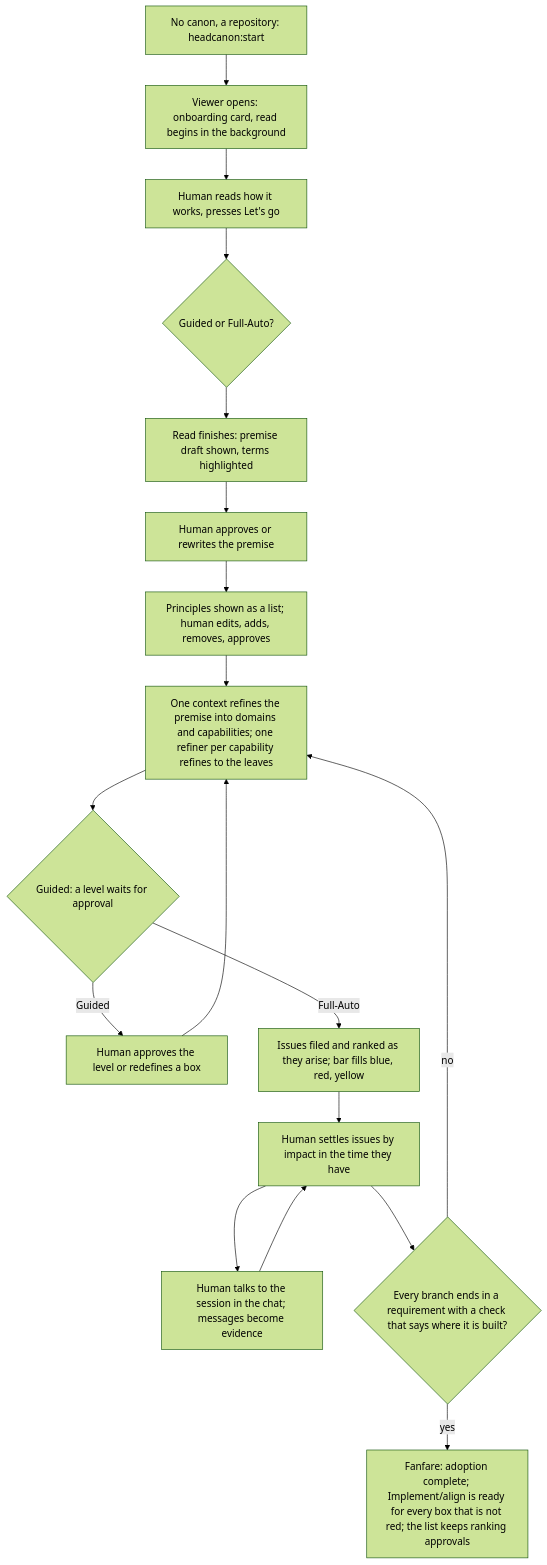
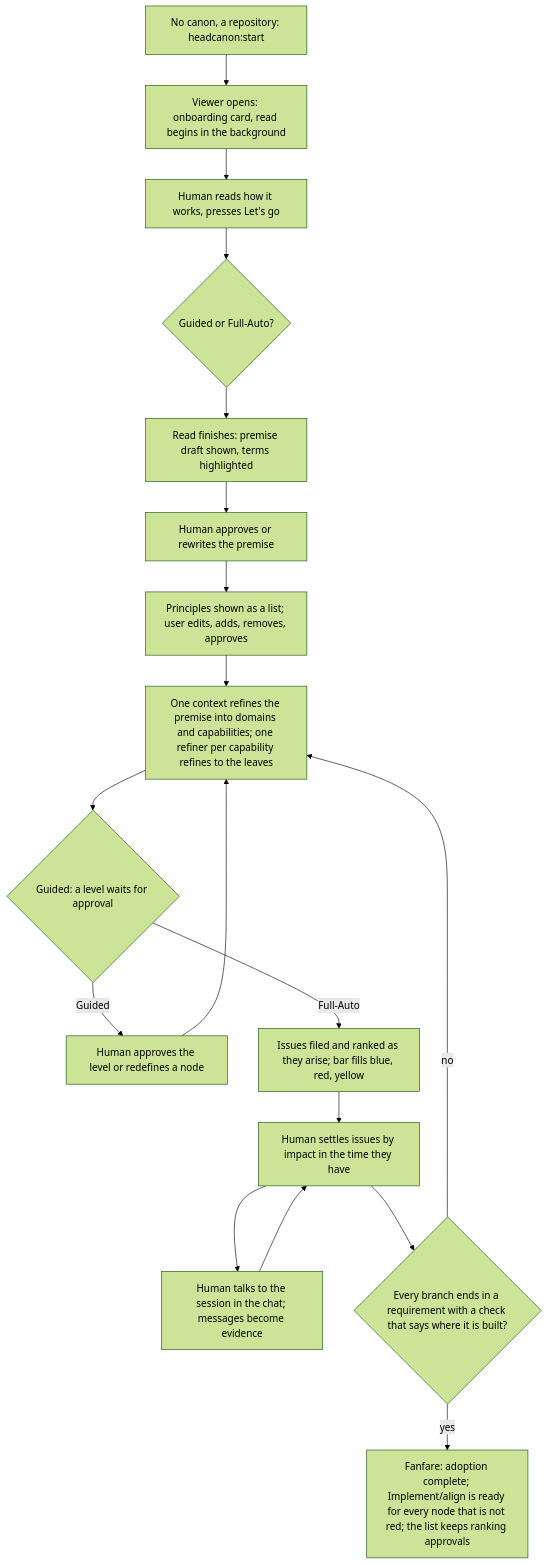
The diagram in canon/journeys/JRN-4-adopting-an-existing-repository.md (Althis/headcanon), drawn with Mermaid (forest theme) before and after one commit. The commit also changed other lines of this file and 157 other files, not shown here.

````diff
--- a/canon/journeys/JRN-4-adopting-an-existing-repository.md
+++ b/canon/journeys/JRN-4-adopting-an-existing-repository.md
@@ -12,19 +12,19 @@
 ```mermaid
 flowchart TD
     S1[No canon, a repository: headcanon:start] --> S2[Viewer opens: onboarding card, read begins in the background]
     S2 --> S3[Human reads how it works, presses Let's go]
     S3 --> S4{Guided or Full-Auto?}
     S4 --> S5[Read finishes: premise draft shown, terms highlighted]
     S5 --> S6[Human approves or rewrites the premise]
-    S6 --> S7[Principles shown as a list; human edits, adds, removes, approves]
+    S6 --> S7[Principles shown as a list; user edits, adds, removes, approves]
     S7 --> S8[One context refines the premise into domains and capabilities; one refiner per capability refines to the leaves]
     S8 --> S9{Guided: a level waits for approval}
-    S9 -- Guided --> S10[Human approves the level or redefines a box] --> S8
+    S9 -- Guided --> S10[Human approves the level or redefines a node] --> S8
     S9 -- Full-Auto --> S11[Issues filed and ranked as they arise; bar fills blue, red, yellow]
     S11 --> S12[Human settles issues by impact in the time they have]
     S12 --> S15[Human talks to the session in the chat; messages become evidence]
     S15 --> S12
     S12 --> S13{Every branch ends in a requirement with a check that says where it is built?}
     S13 -- no --> S8
-    S13 -- yes --> S14[Fanfare: adoption complete; Implement/align is ready for every box that is not red; the list keeps ranking approvals]
+    S13 -- yes --> S14[Fanfare: adoption complete; Implement/align is ready for every node that is not red; the list keeps ranking approvals]
 ```
````
